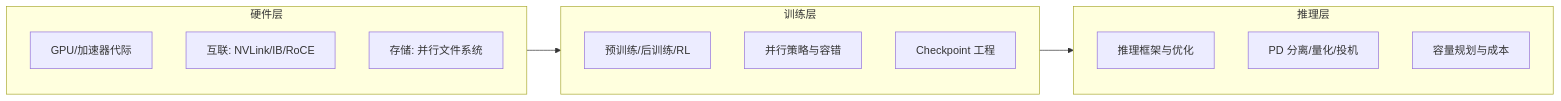
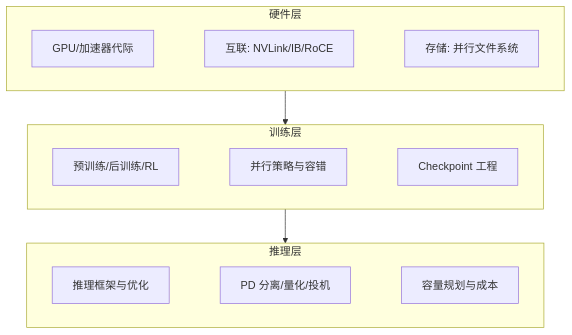
The diagram in docs/ai/infra/index.md (shuifans/cloud-ai-knowledge-base), drawn with Mermaid before and after one commit. The commit also changed 7 other files, not shown here.

First line of the commit message:
修复: Mermaid 图呈现治理（全局渲染配置与导读页全景图布局）

````diff
--- a/docs/ai/infra/index.md
+++ b/docs/ai/infra/index.md
@@ -12,19 +12,25 @@
 ```mermaid
-flowchart LR
+flowchart TB
   subgraph 硬件层
+    direction LR
     H1[GPU/加速器代际]
     H2[互联: NVLink/IB/RoCE]
     H3[存储: 并行文件系统]
+    H1 ~~~ H2 ~~~ H3
   end
   subgraph 训练层
+    direction LR
     T1[预训练/后训练/RL]
     T2[并行策略与容错]
     T3[Checkpoint 工程]
+    T1 ~~~ T2 ~~~ T3
   end
   subgraph 推理层
+    direction LR
     I1[推理框架与优化]
     I2[PD 分离/量化/投机]
     I3[容量规划与成本]
+    I1 ~~~ I2 ~~~ I3
   end
   硬件层 --> 训练层 --> 推理层
 ```
````
